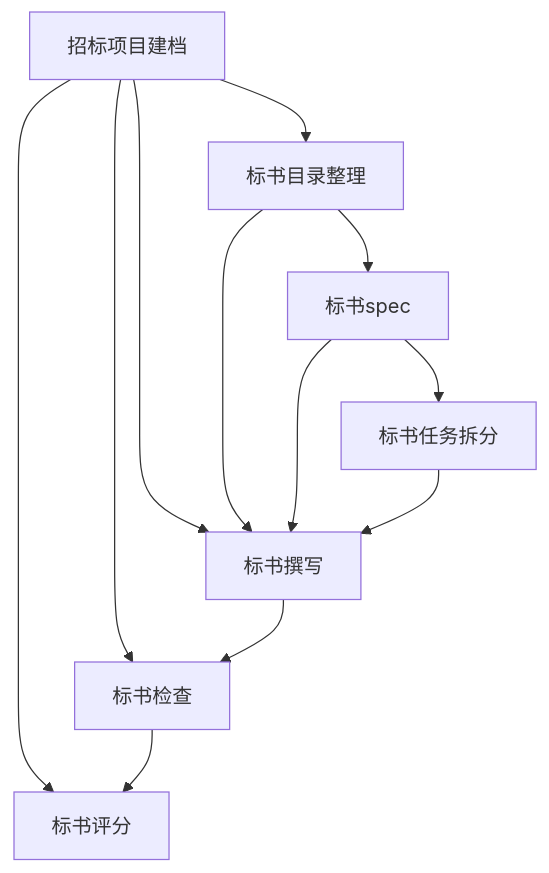
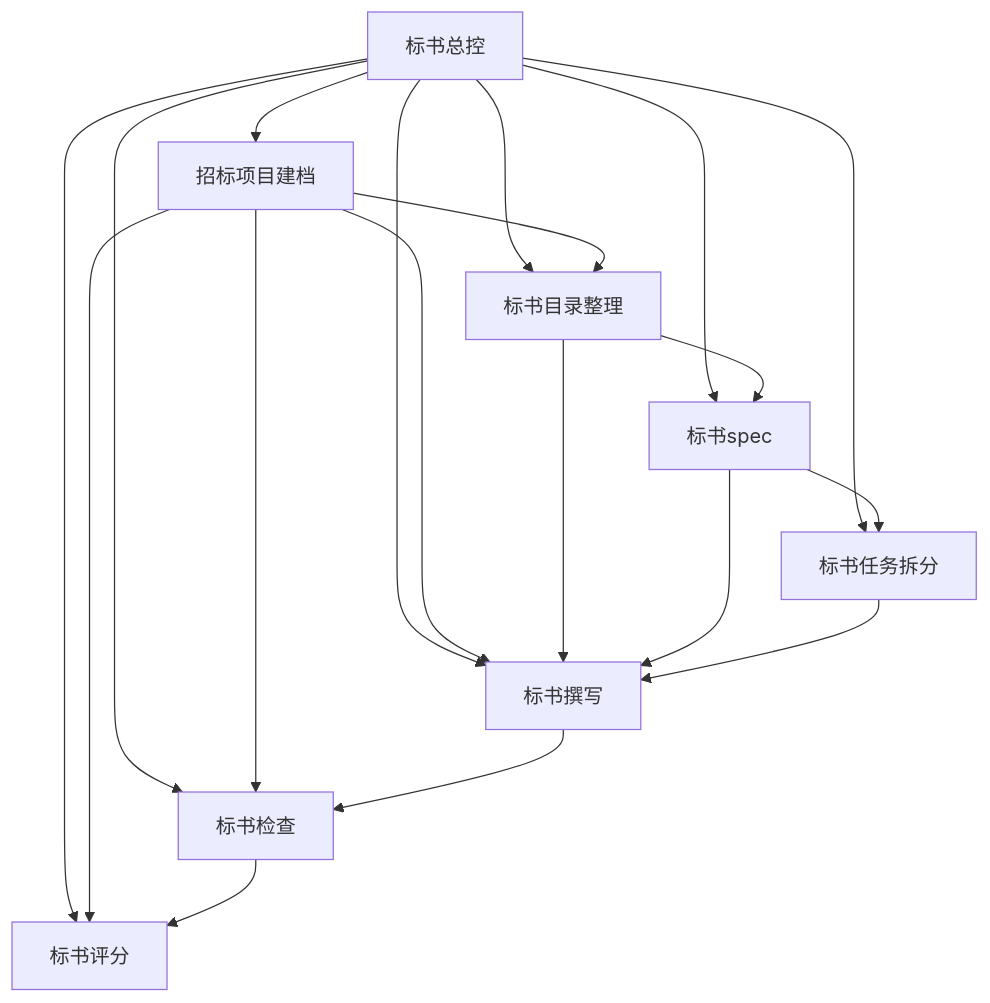
The diagram in README.md (monaChoy/BidCoPilotSkills), drawn with Mermaid before and after one commit. The commit also changed other lines of this file and 1 other file, not shown here.

````diff
--- a/README.md
+++ b/README.md
@@ -30,22 +32,30 @@
 ```mermaid
 flowchart TD
+    O["标书总控"]
     A["招标项目建档"]
     B["标书目录整理"]
     C["标书spec"]
     D["标书任务拆分"]
     E["标书撰写"]
     F["标书检查"]
     G["标书评分"]
 
+    O --> A
+    O --> B
+    O --> C
+    O --> D
+    O --> E
+    O --> F
+    O --> G
     A --> B
     A --> E
     A --> F
     A --> G
     B --> C
     B --> E
     C --> D
     C --> E
     D --> E
     E --> F
     F --> G
 ```
````
